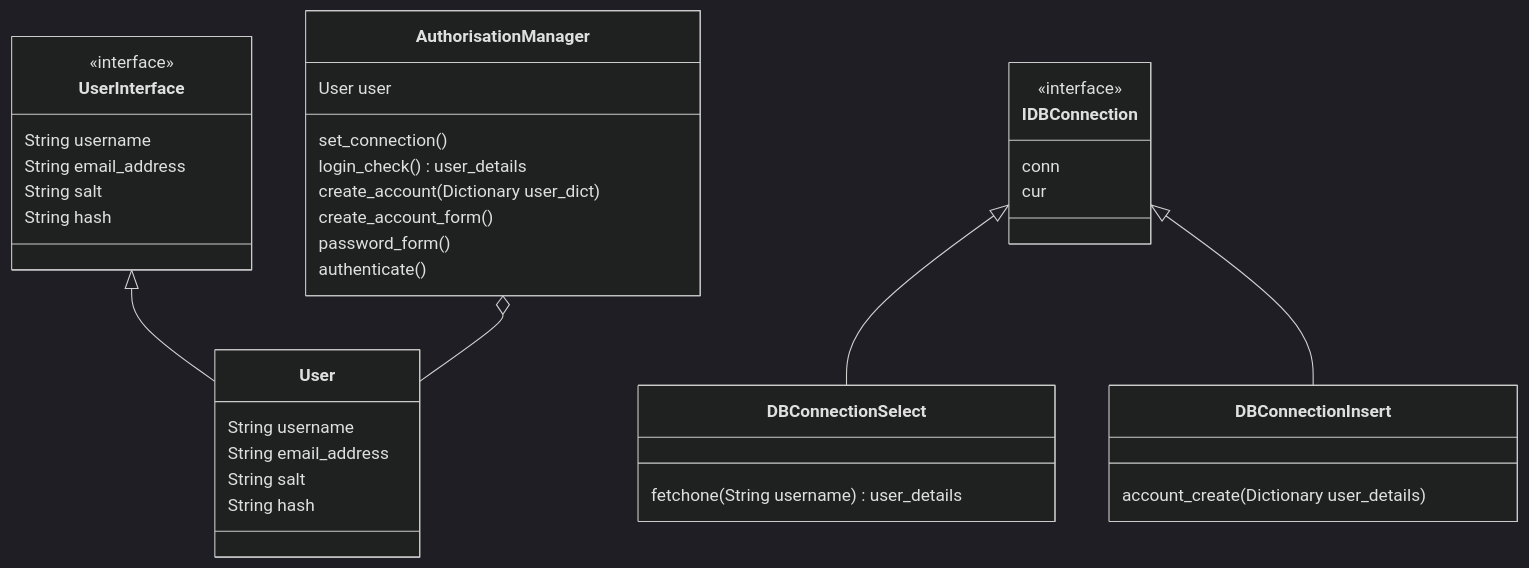
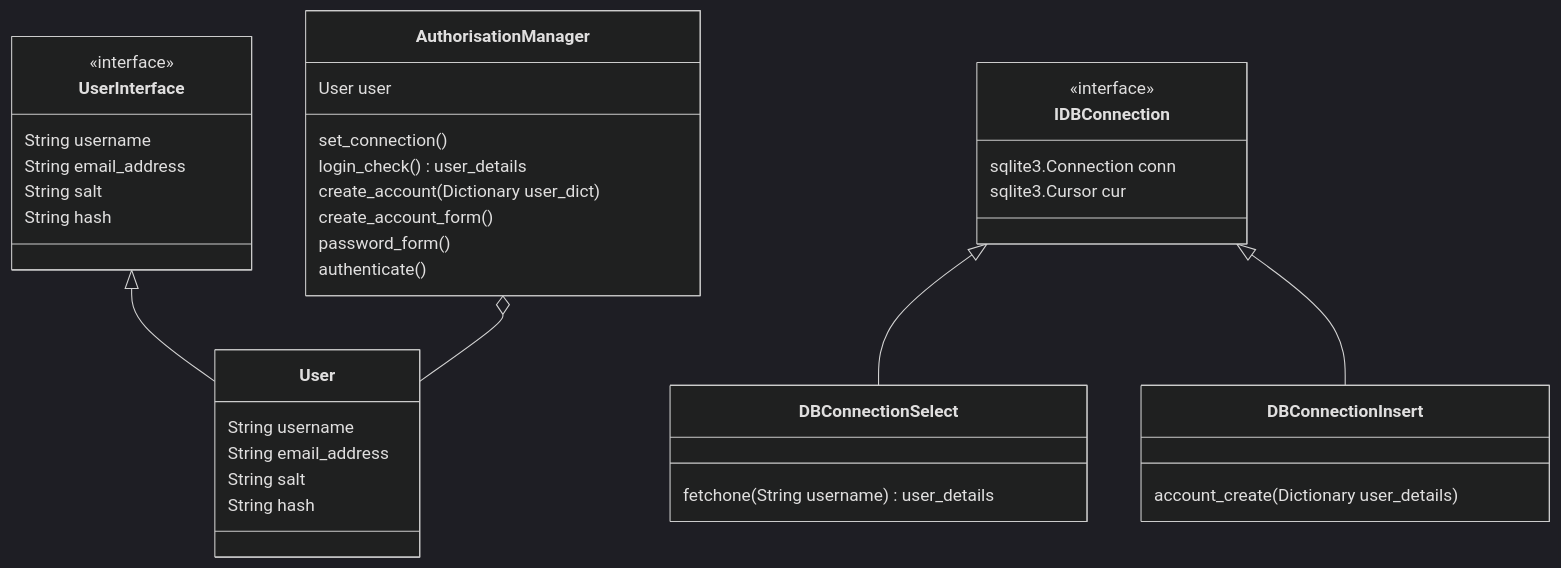
One commit to DaveM86/Authentication changed the fourth of 4 diagrams in Overview.md. Above: the diagram before and after it, drawn with Mermaid (dark theme).

Commit message:
Updates to class diagram

````diff
--- a/Overview.md
+++ b/Overview.md
@@ -70,41 +70,41 @@
 ```mermaid
 classDiagram
     class UserInterface {
         <<interface>>
         String username
         String email_address
         String salt
         String hash
     }
     class User{
         String username
         String email_address
         String salt
         String hash        
     }
     class AuthorisationManager {
         User user
         set_connection()
         login_check() user_details
         create_account(Dictionary user_dict)
         create_account_form()
         password_form()
         
         authenticate()
     }
     class IDBConnection{
         <<interface>>
-        conn
-        cur  
+        sqlite3.Connection conn
+        sqlite3.Cursor cur
     }
     class DBConnectionSelect{
         fetchone(String username) user_details
     }
     class DBConnectionInsert{
         account_create(Dictionary user_details)
     }
     UserInterface <|-- User
     AuthorisationManager o-- User
     IDBConnection <|-- DBConnectionSelect
     IDBConnection <|-- DBConnectionInsert
 ```
````
